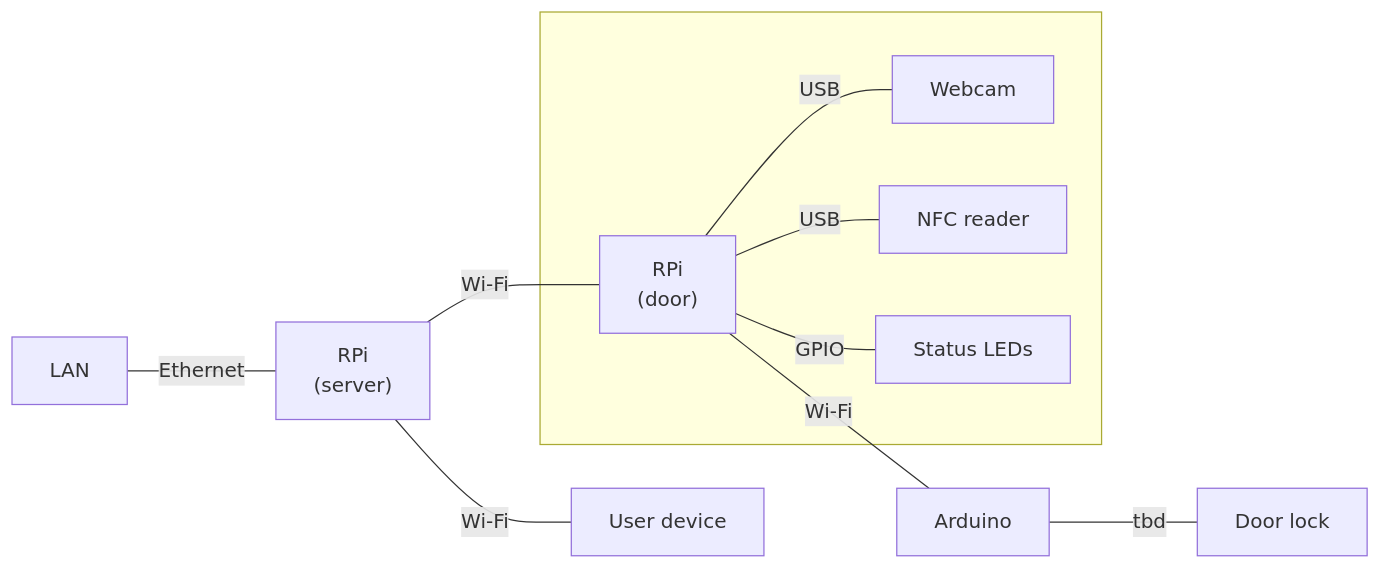
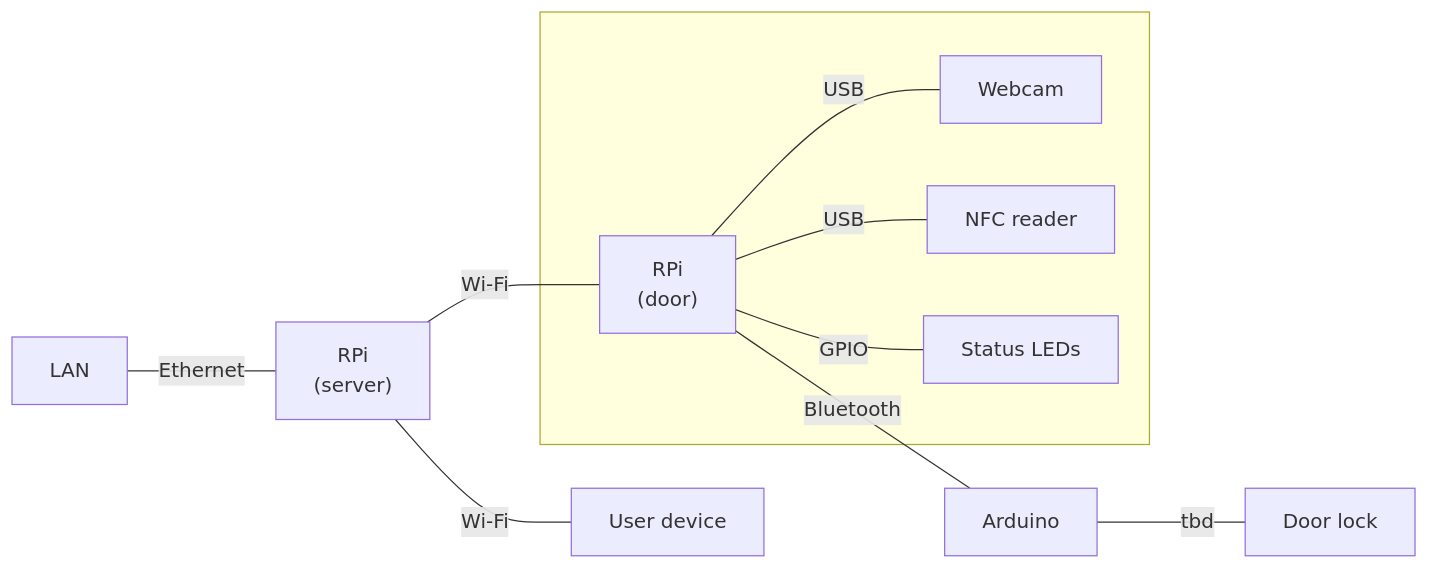
The diagram in README.md (zdimension/bfc-project), drawn with Mermaid before and after one commit. The commit also changed other lines of this file, not shown here.

````diff
--- a/README.md
+++ b/README.md
@@ -5,15 +5,15 @@
 ```mermaid
 graph LR
     F[LAN] --- |Ethernet| A
     A["RPi<br>(server)"] --- |Wi-Fi| B["RPi<br>(door)"]
     B --- |USB| C[Webcam]
     B --- |USB| D[NFC reader]
-    B --- |Wi-Fi| I[Arduino]
+    B --- |Bluetooth| I[Arduino]
     B --- |GPIO| G[Status LEDs]
     A --- |Wi-Fi| H[User device]
     I --- |tbd| J[Door lock]
 
     subgraph " "
         C;D;G;B
     end
 ```
````
